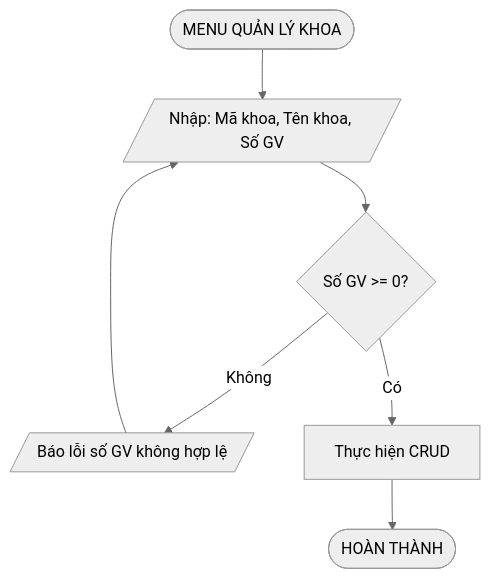
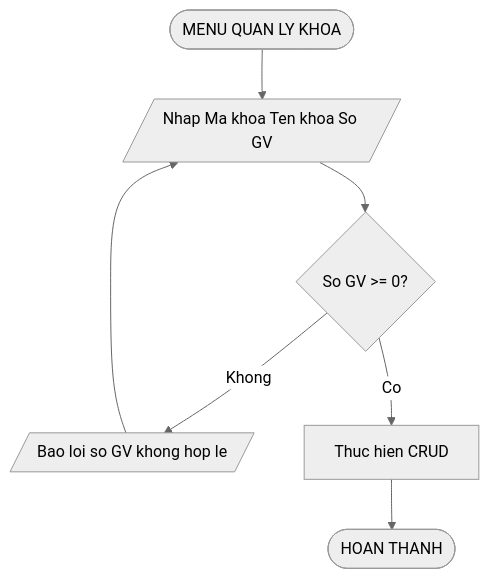
Before and after one commit to phucphuc2006/pro-192: diagram 16 of 20 in docs/Flowcharts/Flowcharts.md, drawn with Mermaid (neutral theme). The commit also changed other lines of this file, not shown here.

Commit message:
Fix Mermaid syntax for GitHub compatibility

````diff
--- a/docs/Flowcharts/Flowcharts.md
+++ b/docs/Flowcharts/Flowcharts.md
@@ -277,9 +277,9 @@
 ```mermaid
 flowchart TD
-    A([MENU QUẢN LÝ KHOA]) --> B[/Nhập: Mã khoa, Tên khoa, Số GV/]
-    B --> C{Số GV >= 0?}
-    C -->|Không| D[/Báo lỗi số GV không hợp lệ/]
+    A([MENU QUAN LY KHOA]) --> B[/Nhap Ma khoa Ten khoa So GV/]
+    B --> C{So GV >= 0?}
+    C -->|Khong| D[/Bao loi so GV khong hop le/]
     D --> B
-    C -->|Có| E[Thực hiện CRUD]
-    E --> F([HOÀN THÀNH])
+    C -->|Co| E[Thuc hien CRUD]
+    E --> F([HOAN THANH])
 ```
````
